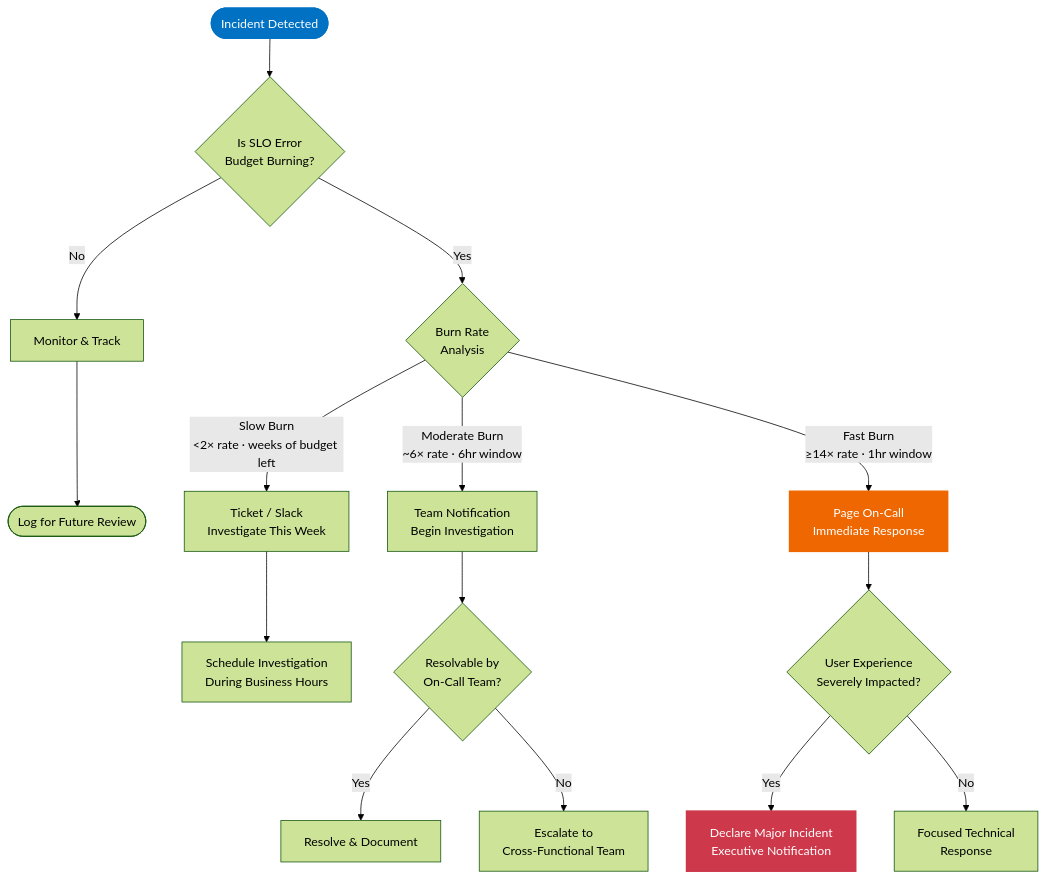
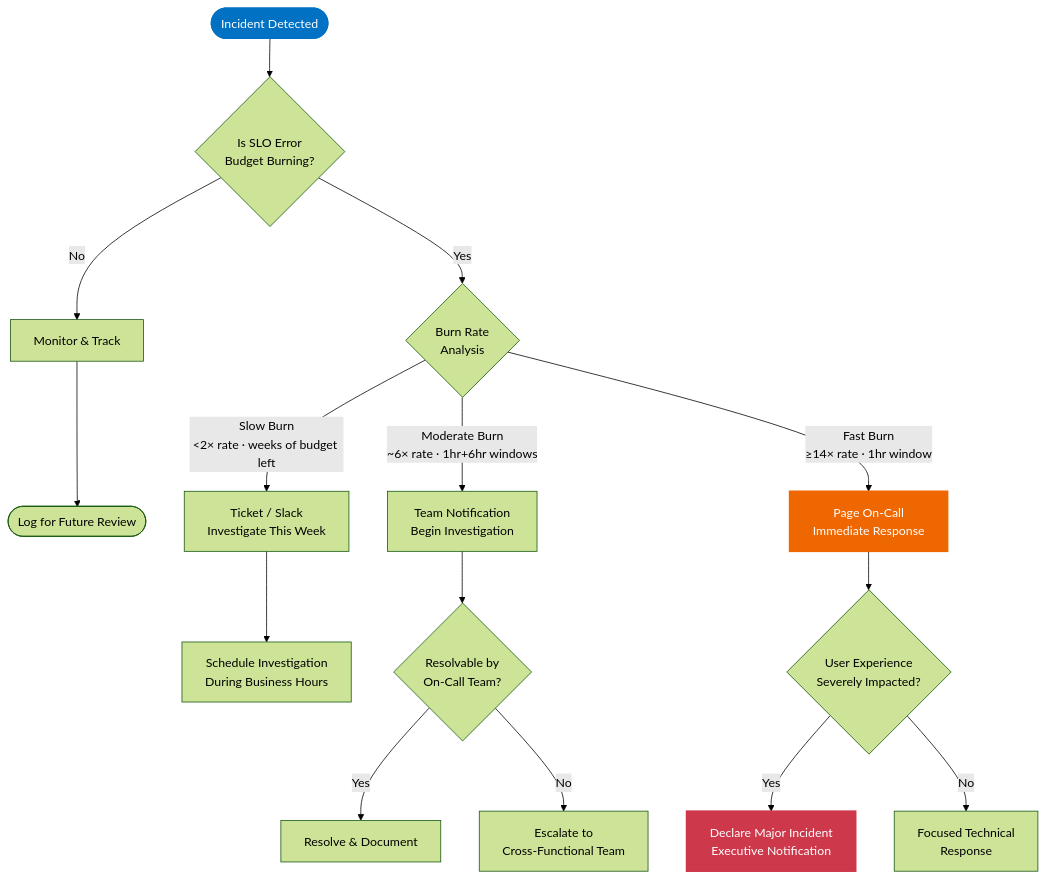
The second of 2 diagrams in content/articles/alert-fatigue-is-an-observability-problem.md (radra23/scryops-site), drawn with Mermaid (forest theme) before and after one commit. The commit also changed other lines of this file, not shown here.

Commit message:
fix: clarify burn rate alert thresholds and improve actionable alert auditing guidance

```diff
--- a/content/articles/alert-fatigue-is-an-observability-problem.md
+++ b/content/articles/alert-fatigue-is-an-observability-problem.md
@@ -46,26 +46,26 @@
 {{< mermaid >}}
 flowchart TD
     A([Incident Detected]) --> B{"Is SLO Error\nBudget Burning?"}
 
     B -->|No| C[Monitor & Track]
     C --> D([Log for Future Review])
 
     B -->|Yes| E{"Burn Rate\nAnalysis"}
 
     E -->|"Slow Burn\n<2× rate · weeks of budget left"| F["Ticket / Slack\nInvestigate This Week"]
     F --> G["Schedule Investigation\nDuring Business Hours"]
 
-    E -->|"Moderate Burn\n~6× rate · 6hr window"| H["Team Notification\nBegin Investigation"]
+    E -->|"Moderate Burn\n~6× rate · 1hr+6hr windows"| H["Team Notification\nBegin Investigation"]
     H --> I{"Resolvable by\nOn-Call Team?"}
     I -->|Yes| J[Resolve & Document]
     I -->|No| K["Escalate to\nCross-Functional Team"]
 
     E -->|"Fast Burn\n≥14× rate · 1hr window"| L["Page On-Call\nImmediate Response"]
     L --> M{"User Experience\nSeverely Impacted?"}
     M -->|Yes| N["Declare Major Incident\nExecutive Notification"]
     M -->|No| P["Focused Technical\nResponse"]
 
     style A fill:#0071C3,stroke:#0071C3,stroke-width:2px,color:#fff
     style L fill:#EF6700,stroke:#EF6700,stroke-width:2px,color:#fff
     style N fill:#CD384B,stroke:#CD384B,stroke-width:2px,color:#fff
 {{< /mermaid >}}
```
